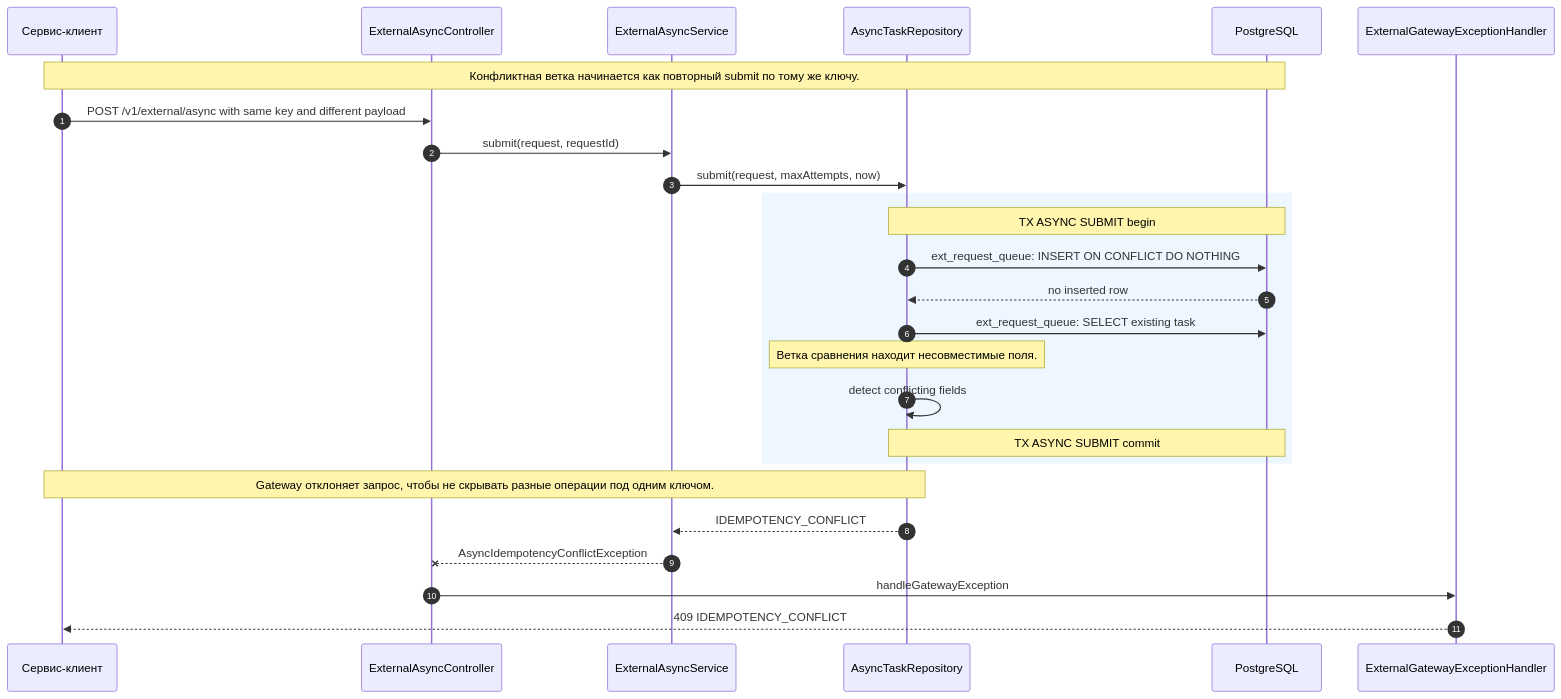
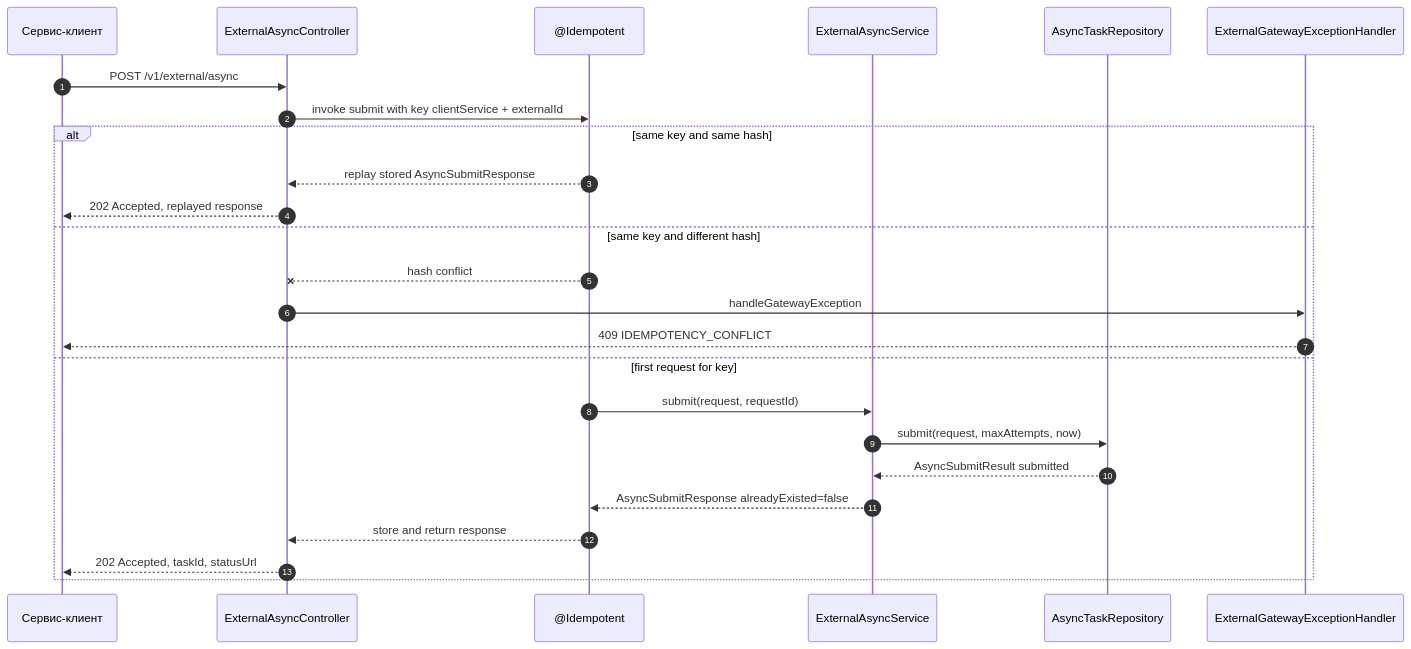
The third of 12 diagrams in docs/external-service-gateway/architecture/06-sequence-async.md (DenisVanin4402/TestQwenCli), drawn with Mermaid before and after one commit. The commit also changed other lines of this file and 28 other files, not shown here.

````diff
--- a/docs/external-service-gateway/architecture/06-sequence-async.md
+++ b/docs/external-service-gateway/architecture/06-sequence-async.md
@@ -107,29 +109,28 @@
 ```mermaid
 sequenceDiagram
     autonumber
     participant Client as Сервис-клиент
     participant API as ExternalAsyncController
+    participant Idem as @Idempotent
     participant Service as ExternalAsyncService
     participant Repo as AsyncTaskRepository
-    participant DB as PostgreSQL
     participant Errors as ExternalGatewayExceptionHandler
 
-    Note over Client,DB: Конфликтная ветка начинается как повторный submit по тому же ключу.
-    Client->>API: POST /v1/external/async with same key and different payload
-    API->>Service: submit(request, requestId)
-    Service->>Repo: submit(request, maxAttempts, now)
-    rect rgb(238, 246, 255)
-        Note over Repo,DB: TX ASYNC SUBMIT begin
-        Repo->>DB: ext_request_queue: INSERT ON CONFLICT DO NOTHING
-        DB-->>Repo: no inserted row
-        Repo->>DB: ext_request_queue: SELECT existing task
-        Note over Repo: Ветка сравнения находит несовместимые поля.
-        Repo->>Repo: detect conflicting fields
-        Note over Repo,DB: TX ASYNC SUBMIT commit
+    Client->>API: POST /v1/external/async
+    API->>Idem: invoke submit with key clientService + externalId
+    alt same key and same hash
+        Idem-->>API: replay stored AsyncSubmitResponse
+        API-->>Client: 202 Accepted, replayed response
+    else same key and different hash
+        Idem--xAPI: hash conflict
+        API->>Errors: handleGatewayException
+        Errors-->>Client: 409 IDEMPOTENCY_CONFLICT
+    else first request for key
+        Idem->>Service: submit(request, requestId)
+        Service->>Repo: submit(request, maxAttempts, now)
+        Repo-->>Service: AsyncSubmitResult submitted
+        Service-->>Idem: AsyncSubmitResponse alreadyExisted=false
+        Idem-->>API: store and return response
+        API-->>Client: 202 Accepted, taskId, statusUrl
     end
-    Note over Repo,Client: Gateway отклоняет запрос, чтобы не скрывать разные операции под одним ключом.
-    Repo-->>Service: IDEMPOTENCY_CONFLICT
-    Service--xAPI: AsyncIdempotencyConflictException
-    API->>Errors: handleGatewayException
-    Errors-->>Client: 409 IDEMPOTENCY_CONFLICT
 ```
````
